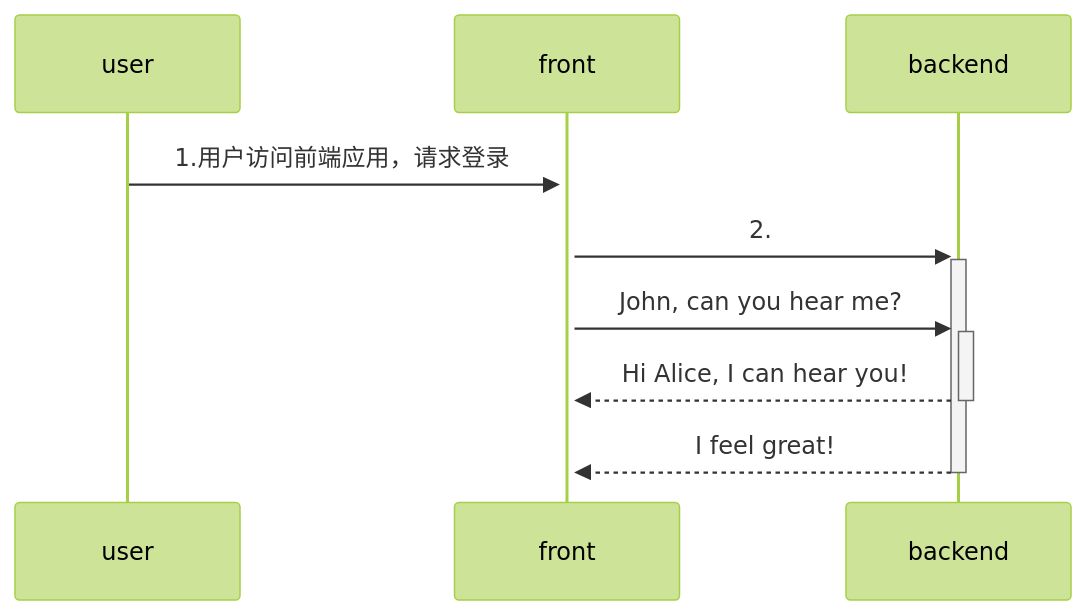
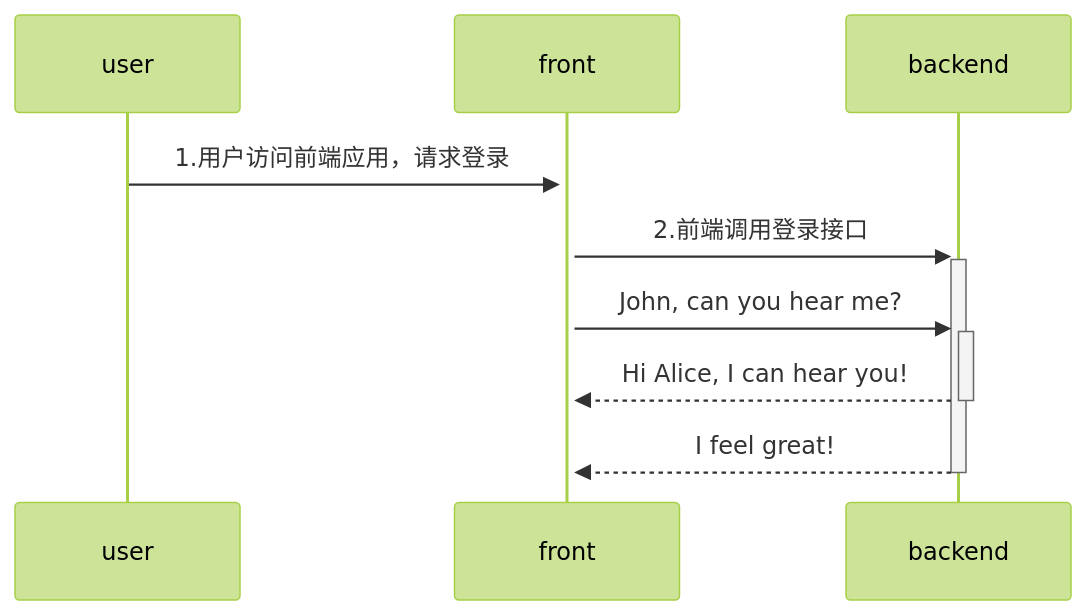
Before and after one commit to yingjianzh/iodraw-files: the diagram in all/未命名-4.md, drawn with Mermaid (forest theme).

Commit message:
2024-08-02 17:34:54 update

````diff
--- a/all/未命名-4.md
+++ b/all/未命名-4.md
@@ -1,9 +1,9 @@
 ```mermaid
 sequenceDiagram
     user->>+front: 1.用户访问前端应用，请求登录
-    front->>+backend: 2.
+    front->>+backend: 2.前端调用登录接口
     front->>+backend: John, can you hear me?
     backend-->>-front: Hi Alice, I can hear you!
     backend-->>-front: I feel great!
             
 ```
````
